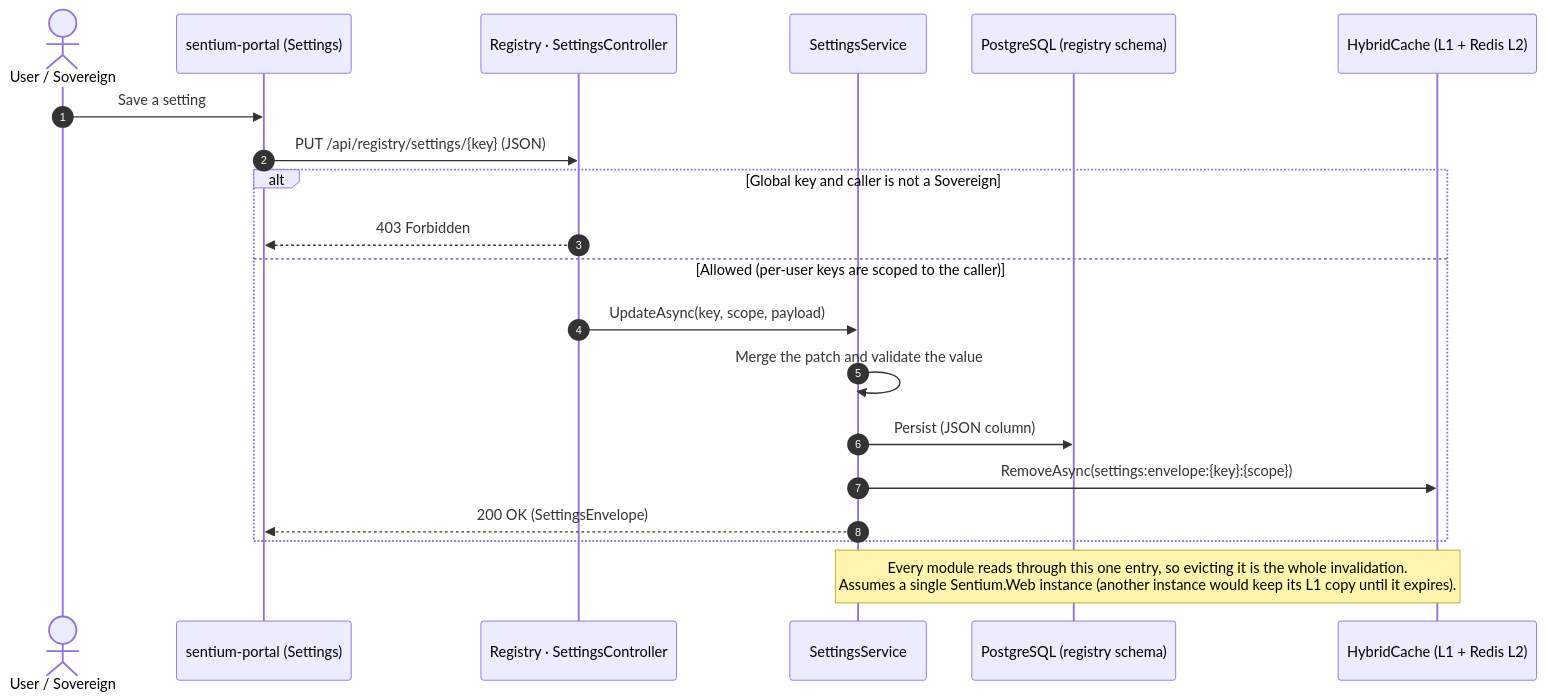
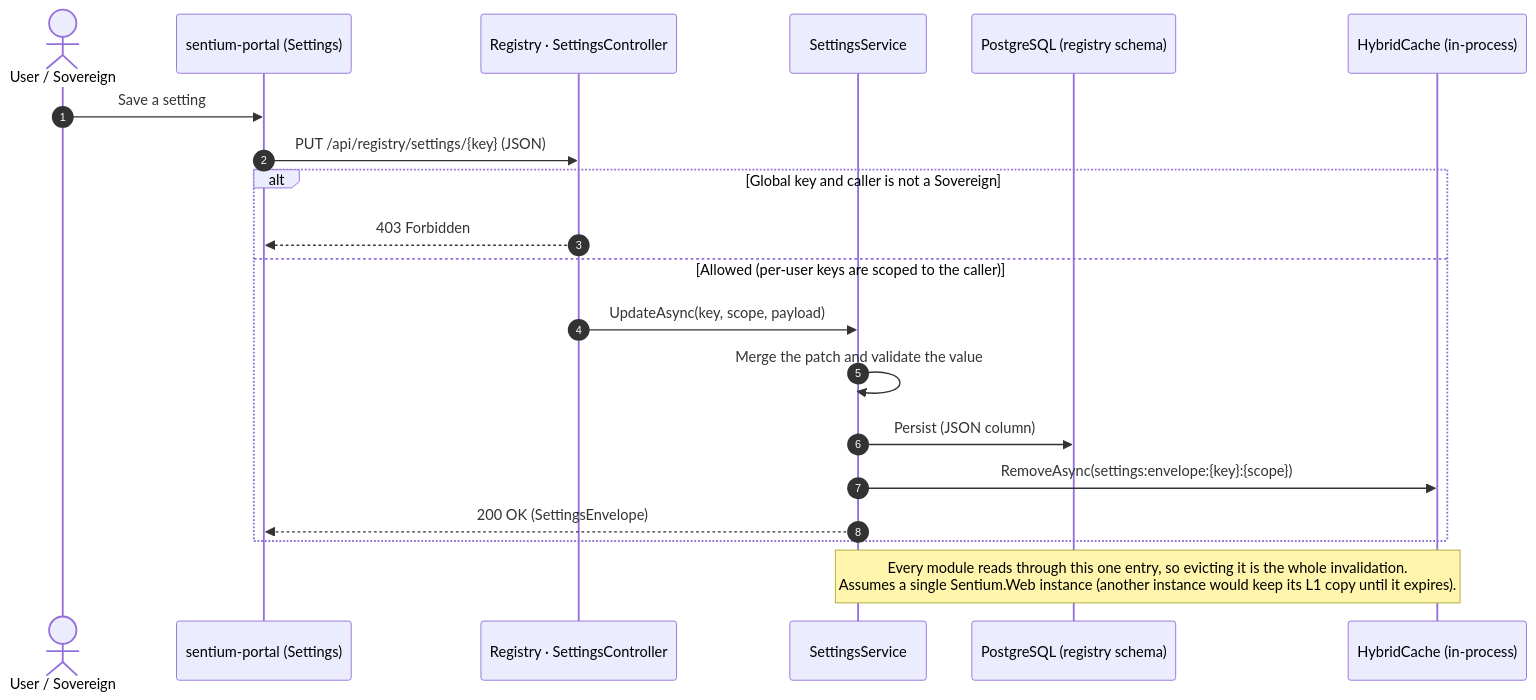
The diagram in docs/diagrams/registry-2-settings-invalidation.md (mihailshterev/sentium), drawn with Mermaid before and after one commit. The commit also changed 248 other files, not shown here.

Commit message:
fix: harden security, scope sandbox history, remove Redis, and fix RAG/cache correctness across modules (#193)

````diff
--- a/docs/diagrams/registry-2-settings-invalidation.md
+++ b/docs/diagrams/registry-2-settings-invalidation.md
@@ -1,23 +1,23 @@
 ```mermaid
 sequenceDiagram
     autonumber
     actor U as User / Sovereign
     participant FE as sentium-portal (Settings)
     participant SC as Registry · SettingsController
     participant SS as SettingsService
     participant DB as PostgreSQL (registry schema)
-    participant HC as HybridCache (L1 + Redis L2)
+    participant HC as HybridCache (in-process)
 
     U->>FE: Save a setting
     FE->>SC: PUT /api/registry/settings/{key} (JSON)
     alt Global key and caller is not a Sovereign
         SC-->>FE: 403 Forbidden
     else Allowed (per-user keys are scoped to the caller)
         SC->>SS: UpdateAsync(key, scope, payload)
         SS->>SS: Merge the patch and validate the value
         SS->>DB: Persist (JSON column)
         SS->>HC: RemoveAsync(settings:envelope:{key}:{scope})
         SS-->>FE: 200 OK (SettingsEnvelope)
     end
     Note over SS,HC: Every module reads through this one entry, so evicting it is the whole invalidation.<br/>Assumes a single Sentium.Web instance (another instance would keep its L1 copy until it expires).
 ```
````
